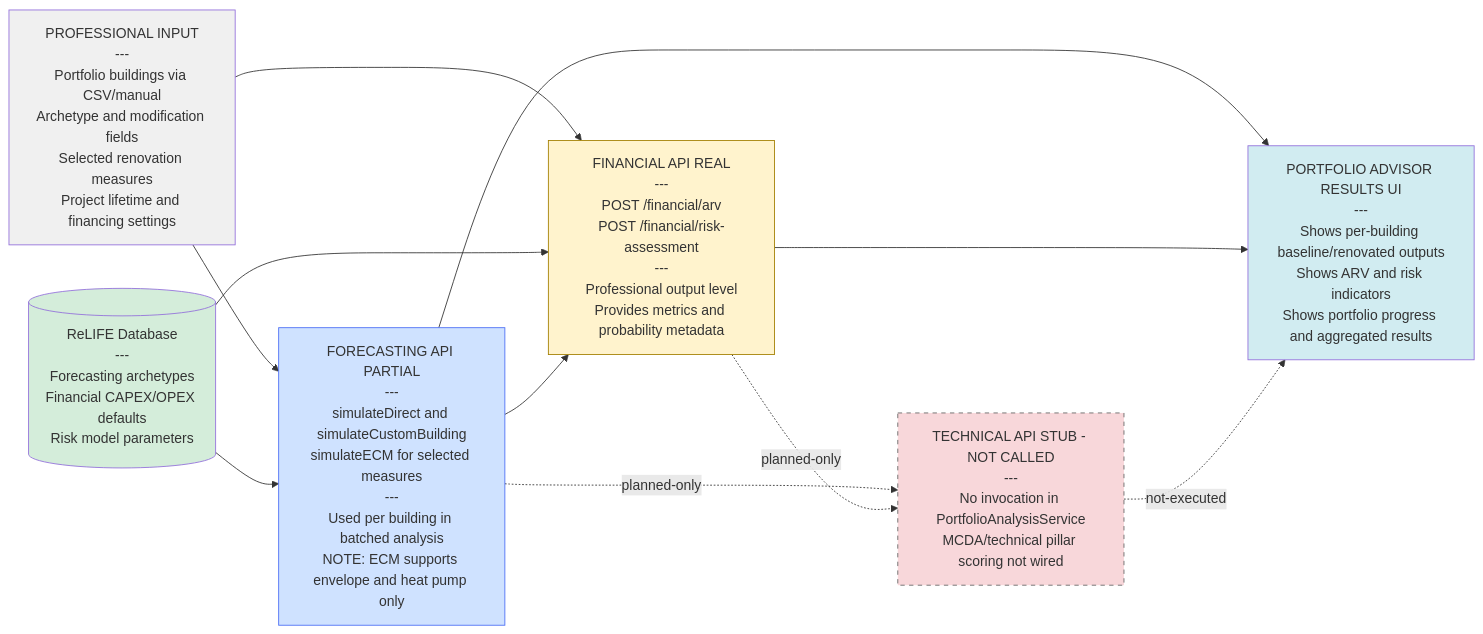
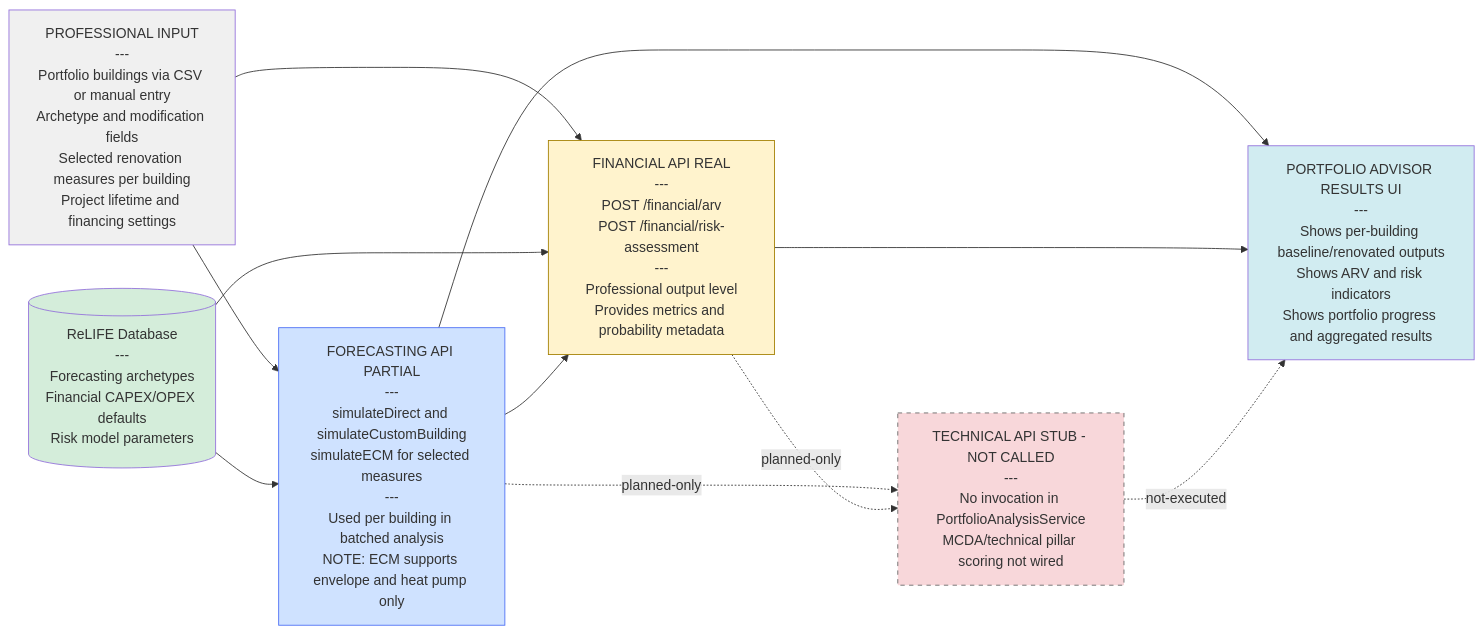
One commit to ReLIFE-Project-EU/relife-web-ui changed the fourth of 6 diagrams in README.md. Above: the diagram before and after it, drawn with Mermaid. The commit also changed other lines of this file, not shown here.

Commit message:
📝 Refine README architecture diagrams for output levels and RSE comparison link

````diff
--- a/README.md
+++ b/README.md
@@ -134,32 +134,32 @@
 ```mermaid
 flowchart LR
-    ProfessionalInput["PROFESSIONAL INPUT<br/>---<br/>Portfolio buildings via CSV/manual<br/>Archetype and modification fields<br/>Selected renovation measures<br/>Project lifetime and financing settings"]
+    ProfessionalInput["PROFESSIONAL INPUT<br/>---<br/>Portfolio buildings via CSV or manual entry<br/>Archetype and modification fields<br/>Selected renovation measures per building<br/>Project lifetime and financing settings"]
 
     DB[("ReLIFE Database<br/>---<br/>Forecasting archetypes<br/>Financial CAPEX/OPEX defaults<br/>Risk model parameters")]
 
     Forecasting["FORECASTING API PARTIAL<br/>---<br/>simulateDirect and simulateCustomBuilding<br/>simulateECM for selected measures<br/>---<br/>Used per building in batched analysis<br/>NOTE: ECM supports envelope and heat pump only"]
 
     Financial["FINANCIAL API REAL<br/>---<br/>POST /financial/arv<br/>POST /financial/risk-assessment<br/>---<br/>Professional output level<br/>Provides metrics and probability metadata"]
 
     Technical["TECHNICAL API STUB - NOT CALLED<br/>---<br/>No invocation in PortfolioAnalysisService<br/>MCDA/technical pillar scoring not wired"]
 
     ProfessionalUI["PORTFOLIO ADVISOR RESULTS UI<br/>---<br/>Shows per-building baseline/renovated outputs<br/>Shows ARV and risk indicators<br/>Shows portfolio progress and aggregated results"]
 
     ProfessionalInput --> Forecasting
     DB --> Forecasting
     ProfessionalInput --> Financial
     DB --> Financial
     Forecasting --> Financial
     Forecasting --> ProfessionalUI
     Financial --> ProfessionalUI
     Forecasting -. planned-only .-> Technical
     Financial -. planned-only .-> Technical
     Technical -. not-executed .-> ProfessionalUI
 
     style ProfessionalInput fill:#f0f0f0
     style DB fill:#d4edda
     style Forecasting fill:#cfe2ff,stroke:#4c6ef5
     style Financial fill:#fff3cd,stroke:#a37f00
     style Technical fill:#f8d7da,stroke:#666,stroke-dasharray: 5 5
     style ProfessionalUI fill:#d1ecf1
 ```
````
